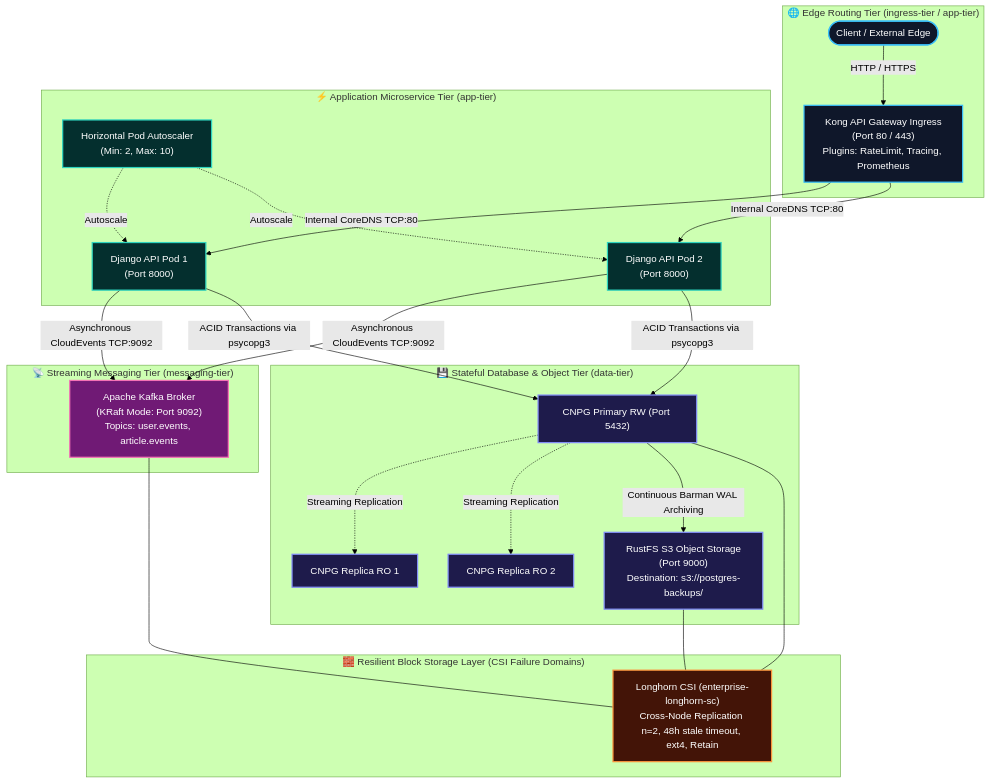
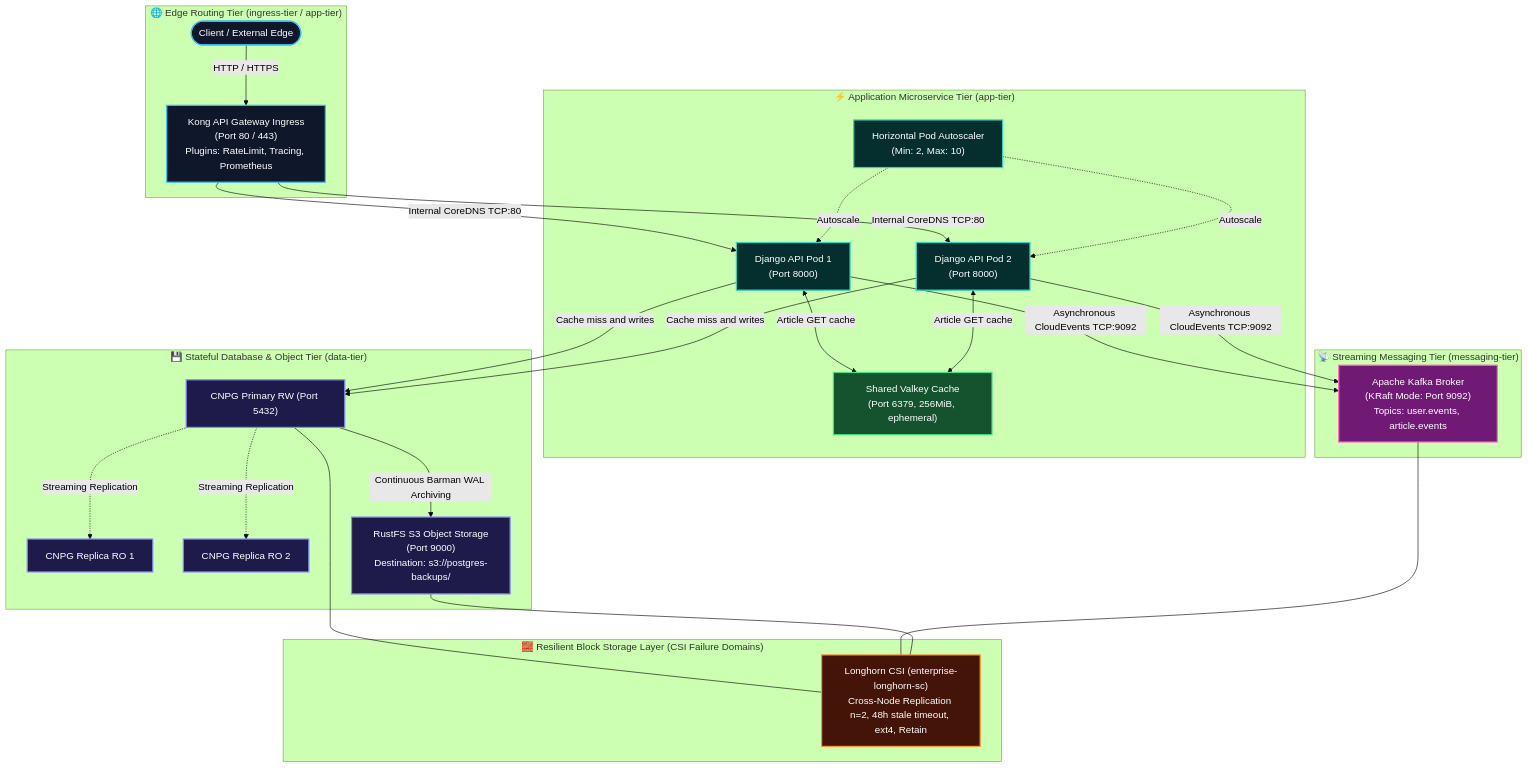
One commit to abdelkderboukert/cloud-native-resilient-blueprint changed the first of 5 diagrams in README.md. Above: the diagram before and after it, drawn with Mermaid (forest theme). The commit also changed other lines of this file and 1 other file, not shown here.

Commit message:
feat: Enhance architecture documentation with Valkey cache details and update API interaction descriptions

````diff
--- a/README.md
+++ b/README.md
@@ -38,57 +38,62 @@
 ```mermaid
 flowchart TD
     subgraph EdgeTier["🌐 Edge Routing Tier (ingress-tier / app-tier)"]
         User(["Client / External Edge"])
         Kong["Kong API Gateway Ingress<br/>(Port 80 / 443)<br/>Plugins: RateLimit, Tracing, Prometheus"]
         User -->|HTTP / HTTPS| Kong
     end
 
     subgraph AppTier["⚡ Application Microservice Tier (app-tier)"]
         Django1["Django API Pod 1<br/>(Port 8000)"]
         Django2["Django API Pod 2<br/>(Port 8000)"]
+        Cache["Shared Valkey Cache<br/>(Port 6379, 256MiB, ephemeral)"]
         HPA["Horizontal Pod Autoscaler<br/>(Min: 2, Max: 10)"]
         Kong -->|Internal CoreDNS TCP:80| Django1
         Kong -->|Internal CoreDNS TCP:80| Django2
+        Django1 <-->|Article GET cache| Cache
+        Django2 <-->|Article GET cache| Cache
         HPA -. Autoscale .-> Django1
         HPA -. Autoscale .-> Django2
     end
 
     subgraph MessagingTier["📡 Streaming Messaging Tier (messaging-tier)"]
         Kafka["Apache Kafka Broker<br/>(KRaft Mode: Port 9092)<br/>Topics: user.events, article.events"]
         Django1 -->|Asynchronous CloudEvents TCP:9092| Kafka
         Django2 -->|Asynchronous CloudEvents TCP:9092| Kafka
     end
 
     subgraph DataTier["💾 Stateful Database & Object Tier (data-tier)"]
         CNPG_RW["CNPG Primary RW (Port 5432)"]
         CNPG_RO1["CNPG Replica RO 1"]
         CNPG_RO2["CNPG Replica RO 2"]
         RustFS["RustFS S3 Object Storage<br/>(Port 9000)<br/>Destination: s3://postgres-backups/"]
 
-        Django1 -->|ACID Transactions via psycopg3| CNPG_RW
-        Django2 -->|ACID Transactions via psycopg3| CNPG_RW
+        Django1 -->|Cache miss and writes| CNPG_RW
+        Django2 -->|Cache miss and writes| CNPG_RW
 
         CNPG_RW -. Streaming Replication .-> CNPG_RO1
         CNPG_RW -. Streaming Replication .-> CNPG_RO2
         CNPG_RW -->|Continuous Barman WAL Archiving| RustFS
     end
 
     subgraph StorageTier["🧱 Resilient Block Storage Layer (CSI Failure Domains)"]
         Longhorn["Longhorn CSI (enterprise-longhorn-sc)<br/>Cross-Node Replication n=2, 48h stale timeout, ext4, Retain"]
         CNPG_RW --- Longhorn
         Kafka --- Longhorn
         RustFS --- Longhorn
     end
 
     classDef edge fill:#0f172a,stroke:#38bdf8,stroke-width:2px,color:#fff;
     classDef app fill:#042f2e,stroke:#2dd4bf,stroke-width:2px,color:#fff;
+    classDef cache fill:#14532d,stroke:#4ade80,stroke-width:2px,color:#fff;
     classDef data fill:#1e1b4b,stroke:#818cf8,stroke-width:2px,color:#fff;
     classDef msg fill:#701a75,stroke:#f472b6,stroke-width:2px,color:#fff;
     classDef storage fill:#431407,stroke:#fb923c,stroke-width:2px,color:#fff;
 
     class User,Kong edge;
     class Django1,Django2,HPA app;
+    class Cache cache;
     class CNPG_RW,CNPG_RO1,CNPG_RO2,RustFS data;
     class Kafka msg;
     class Longhorn storage;
 ```
````
